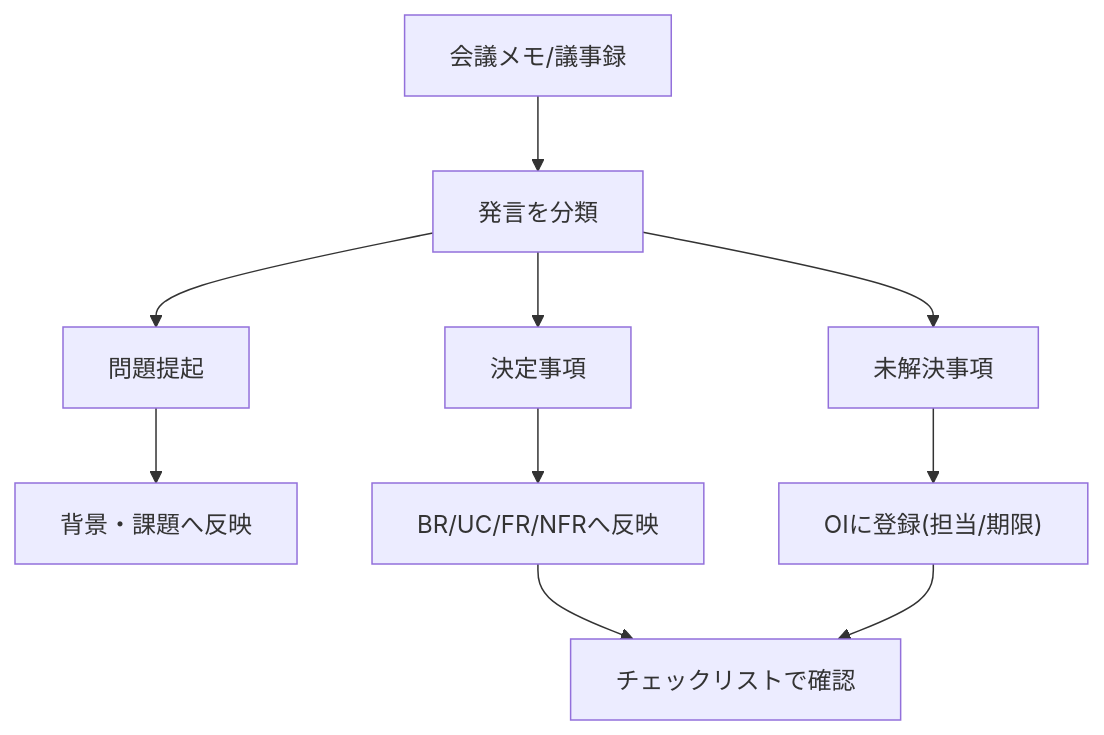
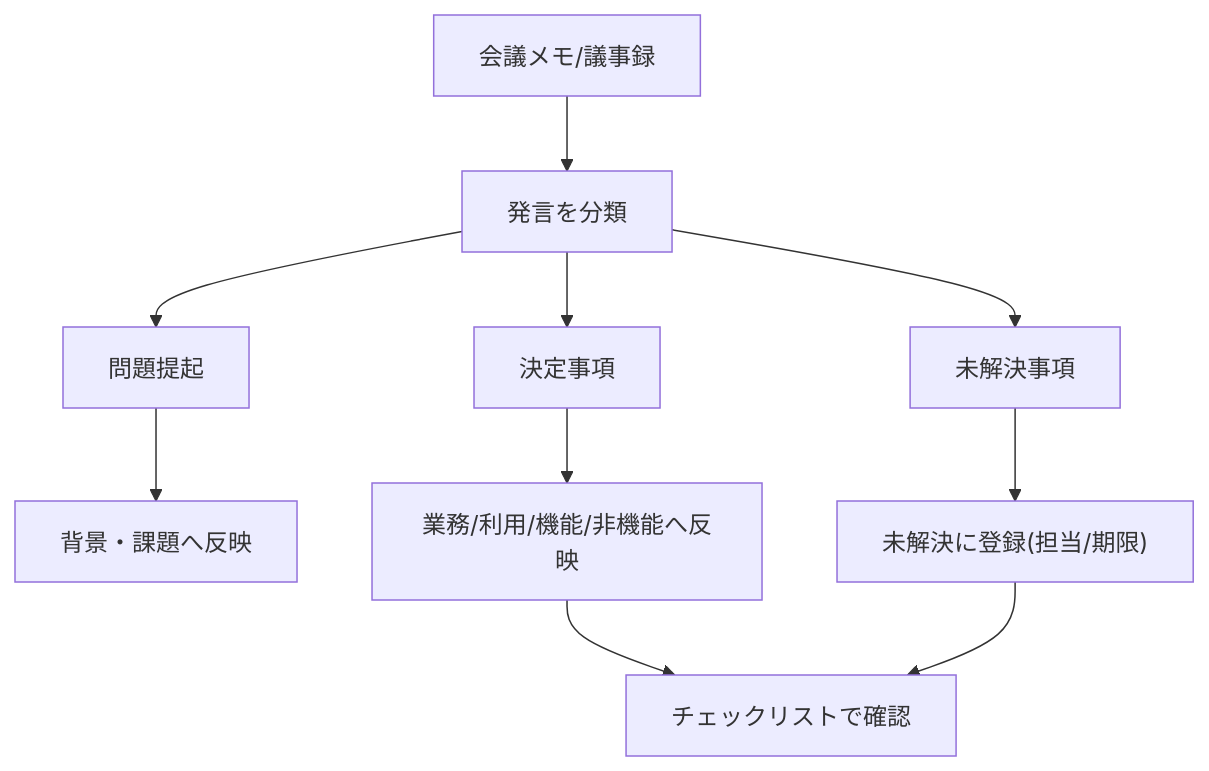
The first of 2 diagrams in docs/writing-guide.md (shioki/requirements-to-spec-template), drawn with Mermaid before and after one commit. The commit also changed other lines of this file and 12 other files, not shown here.

````diff
--- a/docs/writing-guide.md
+++ b/docs/writing-guide.md
@@ -80,12 +130,12 @@
 ```mermaid
 flowchart TD
   meetingNotes["会議メモ/議事録"] --> classifyNotes["発言を分類"]
   classifyNotes --> issues["問題提起"]
   classifyNotes --> decisions["決定事項"]
   classifyNotes --> unresolved["未解決事項"]
   issues --> backgroundSection["背景・課題へ反映"]
-  decisions --> reqSections["BR/UC/FR/NFRへ反映"]
-  unresolved --> oiSection["OIに登録(担当/期限)"]
+  decisions --> reqSections["業務/利用/機能/非機能へ反映"]
+  unresolved --> oiSection["未解決に登録(担当/期限)"]
   reqSections --> reviewChecklist["チェックリストで確認"]
   oiSection --> reviewChecklist
 ```
````
